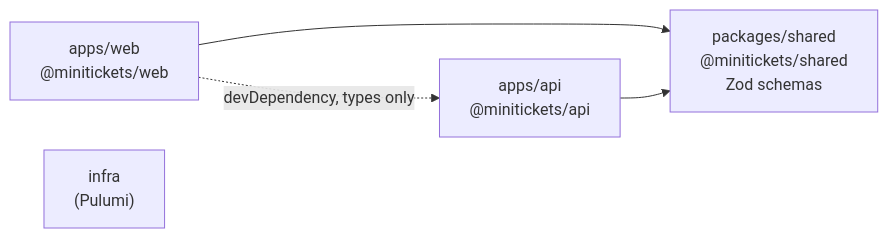
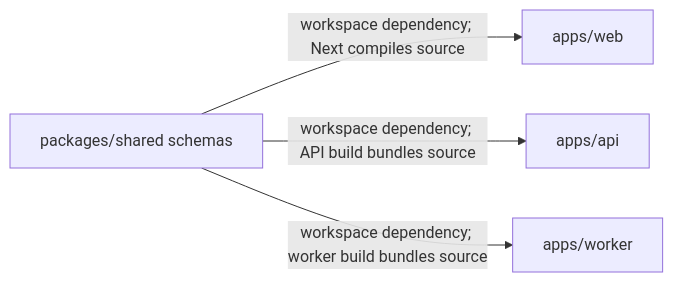
The diagram in docs/handbook/concepts/monorepo.md (maheshnd/minitickets), drawn with Mermaid before and after one commit. The commit also changed other lines of this file and 119 other files, not shown here.

````diff
--- a/docs/handbook/concepts/monorepo.md
+++ b/docs/handbook/concepts/monorepo.md
@@ -19,7 +18,6 @@
 ```mermaid
 flowchart LR
-    web["apps/web<br/>@minitickets/web"] --> shared["packages/shared<br/>@minitickets/shared<br/>Zod schemas"]
-    api["apps/api<br/>@minitickets/api"] --> shared
-    web -.->|"devDependency, types only"| api
-    infra["infra<br/>(Pulumi)"]
+    shared["packages/shared schemas"] -->|"workspace dependency; Next compiles source"| web["apps/web"]
+    shared -->|"workspace dependency; API build bundles source"| api["apps/api"]
+    shared -->|"workspace dependency; worker build bundles source"| worker["apps/worker"]
 ```
````
